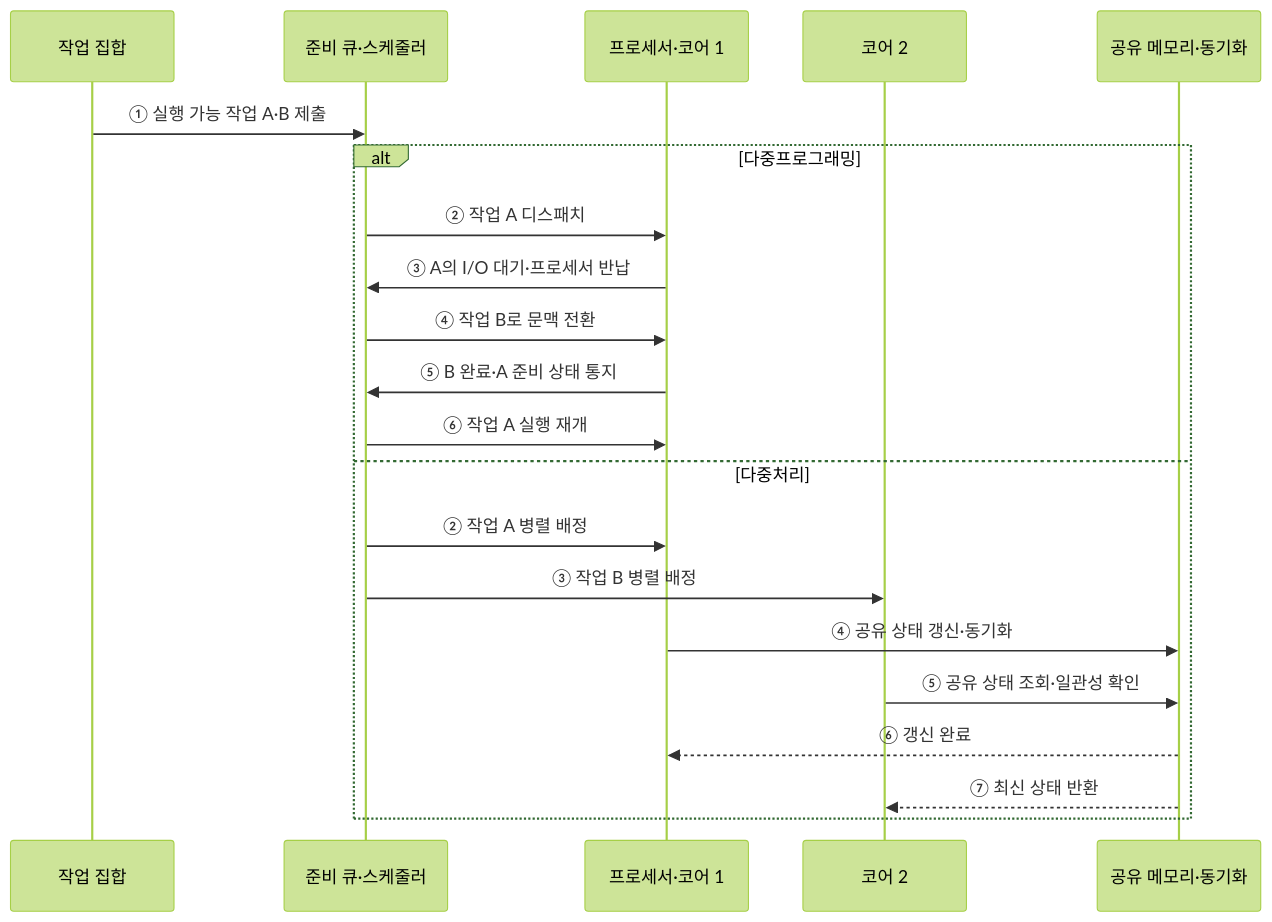
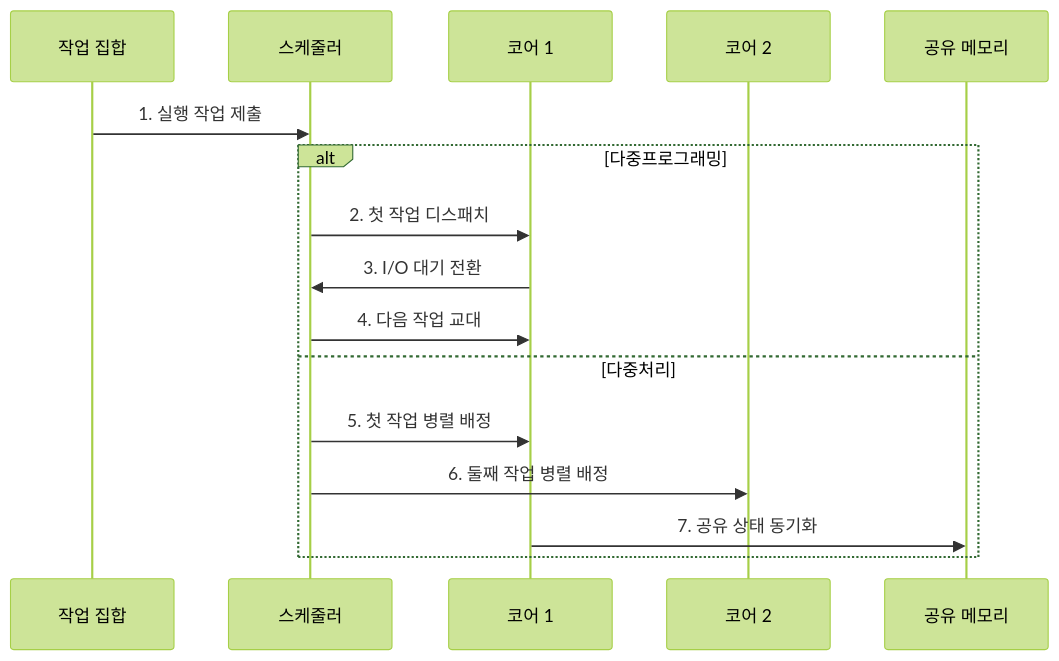
Before and after one commit to agnusdei1207/knowledge-base: the second of 2 diagrams in src/content/docs/notes/03-software/017_multiprogramming_multiprocessing.md, drawn with Mermaid (forest theme). The commit also changed other lines of this file and 20 other files, not shown here.

````diff
--- a/src/content/docs/notes/03-software/017_multiprogramming_multiprocessing.md
+++ b/src/content/docs/notes/03-software/017_multiprogramming_multiprocessing.md
@@ -89,24 +91,18 @@
 ```mermaid
 sequenceDiagram
     participant J as 작업 집합
-    participant S as 준비 큐·스케줄러
-    participant C1 as 프로세서·코어 1
+    participant S as 스케줄러
+    participant C1 as 코어 1
     participant C2 as 코어 2
-    participant M as 공유 메모리·동기화
-
-    J->>S: ① 실행 가능 작업 A·B 제출
+    participant M as 공유 메모리
+    J->>S: 1. 실행 작업 제출
     alt 다중프로그래밍
-        S->>C1: ② 작업 A 디스패치
-        C1->>S: ③ A의 I/O 대기·프로세서 반납
-        S->>C1: ④ 작업 B로 문맥 전환
-        C1->>S: ⑤ B 완료·A 준비 상태 통지
-        S->>C1: ⑥ 작업 A 실행 재개
+        S->>C1: 2. 첫 작업 디스패치
+        C1->>S: 3. I/O 대기 전환
+        S->>C1: 4. 다음 작업 교대
     else 다중처리
-        S->>C1: ② 작업 A 병렬 배정
-        S->>C2: ③ 작업 B 병렬 배정
-        C1->>M: ④ 공유 상태 갱신·동기화
-        C2->>M: ⑤ 공유 상태 조회·일관성 확인
-        M-->>C1: ⑥ 갱신 완료
-        M-->>C2: ⑦ 최신 상태 반환
+        S->>C1: 5. 첫 작업 병렬 배정
+        S->>C2: 6. 둘째 작업 병렬 배정
+        C1->>M: 7. 공유 상태 동기화
     end
 ```
````
